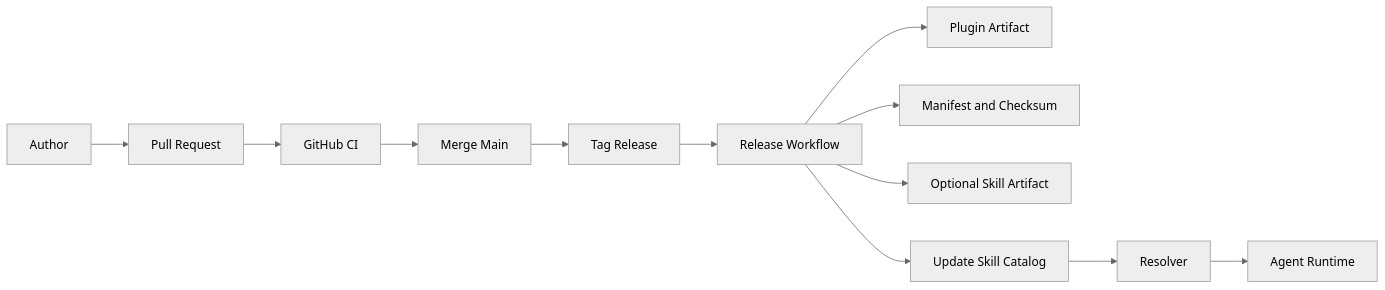
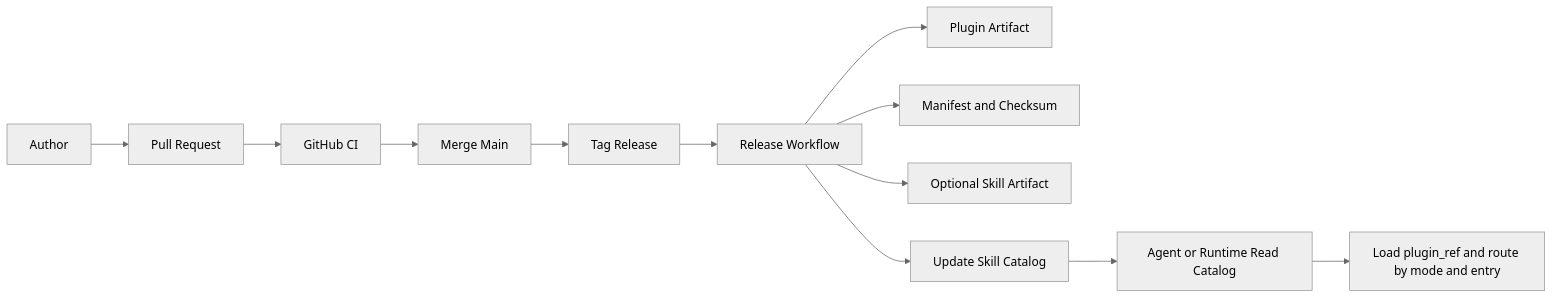
The first of 2 diagrams in docs/phase1/DESIGN.md (devbolin/skills), drawn with Mermaid (neutral theme) before and after one commit. The commit also changed other lines of this file and 3 other files, not shown here.

````diff
--- a/docs/phase1/DESIGN.md
+++ b/docs/phase1/DESIGN.md
@@ -34,14 +34,14 @@
 ```mermaid
 flowchart LR
   A[Author] --> B[Pull Request]
   B --> C[GitHub CI]
   C --> D[Merge Main]
   D --> E[Tag Release]
   E --> F[Release Workflow]
   F --> G[Plugin Artifact]
   F --> H[Manifest and Checksum]
   F --> I[Optional Skill Artifact]
   F --> J[Update Skill Catalog]
-  J --> K[Resolver]
-  K --> L[Agent Runtime]
+  J --> K[Agent or Runtime Read Catalog]
+  K --> L[Load plugin_ref and route by mode and entry]
 ```
````
